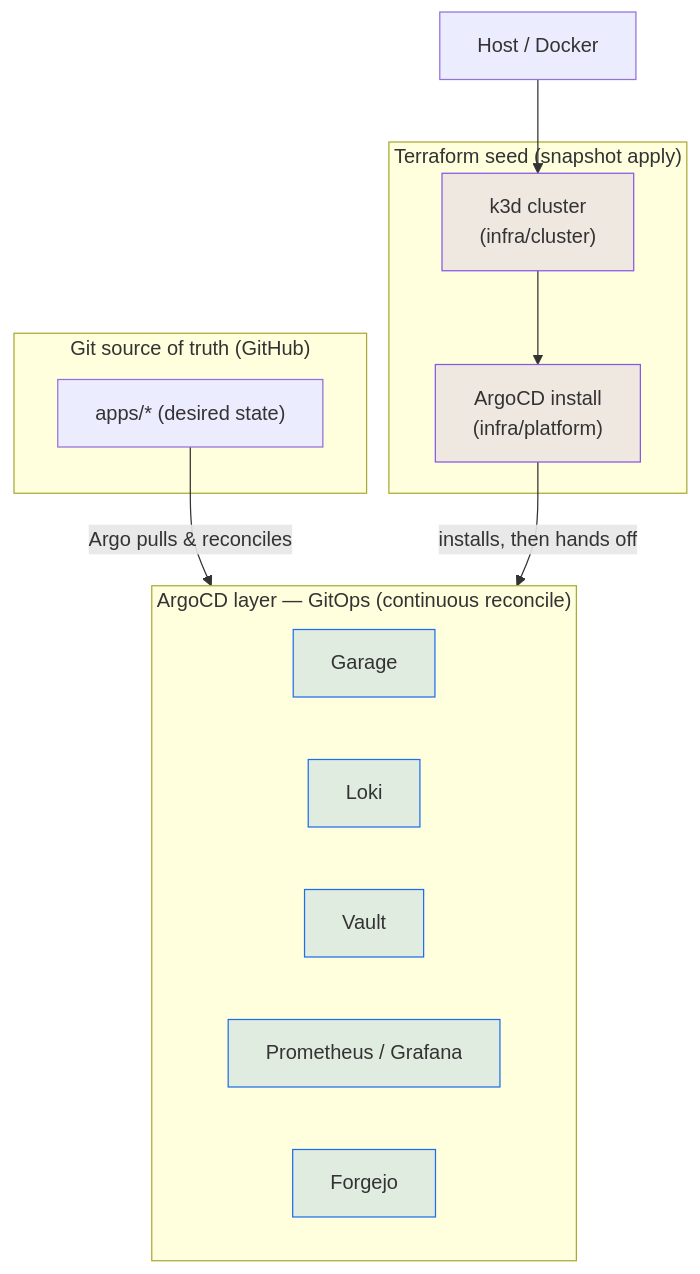
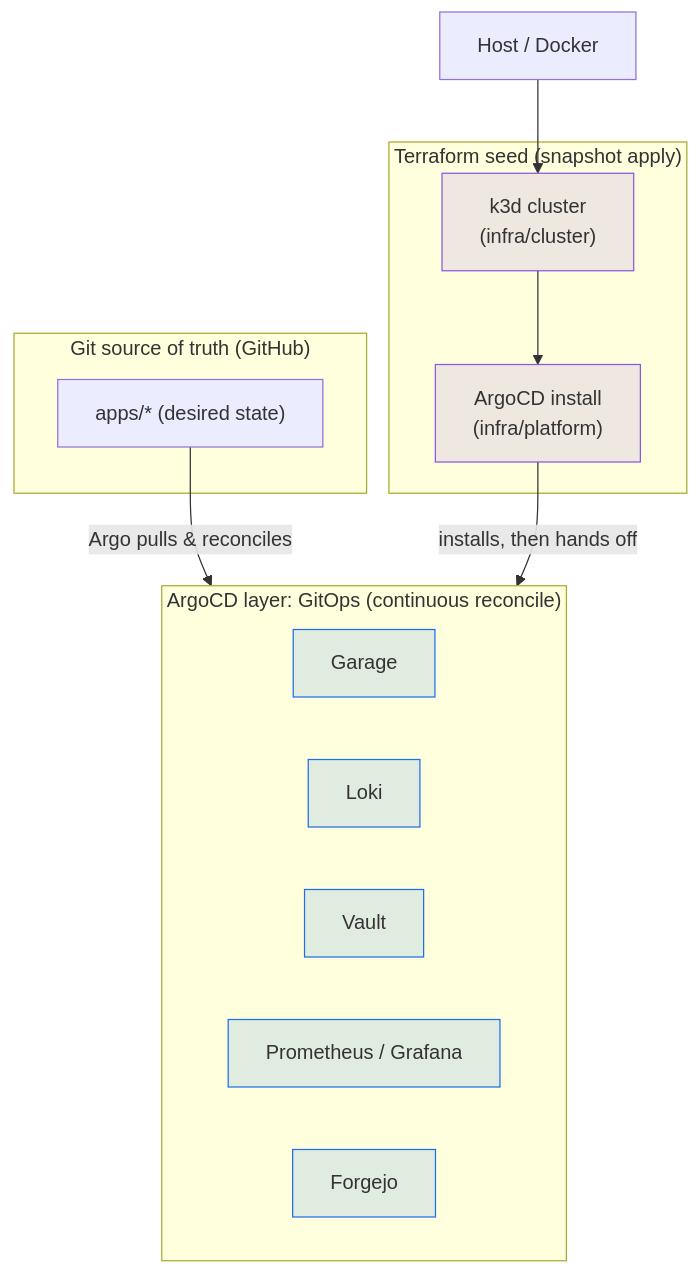
Before and after one commit to melvillewong/k8s-gitops-platform: the diagram in docs/adr/0003-tf-argocd-delivery-boundary.md, drawn with Mermaid. The commit also changed other lines of this file and 7 other files, not shown here.

````diff
--- a/docs/adr/0003-tf-argocd-delivery-boundary.md
+++ b/docs/adr/0003-tf-argocd-delivery-boundary.md
@@ -44,25 +29,25 @@
 ```mermaid
 flowchart TB
   subgraph GIT["Git source of truth (GitHub)"]
     APPS["apps/*  (desired state)"]
   end
-  subgraph ARGO["ArgoCD layer — GitOps (continuous reconcile)"]
+  subgraph ARGO["ArgoCD layer: GitOps (continuous reconcile)"]
     G["Garage"]:::app
     L["Loki"]:::app
     V["Vault"]:::app
     O["Prometheus / Grafana"]:::app
     F["Forgejo"]:::app
   end
   subgraph TF["Terraform seed (snapshot apply)"]
     ARGOCD["ArgoCD install\n(infra/platform)"]:::seed
     CLUSTER["k3d cluster\n(infra/cluster)"]:::seed
   end
   HOST["Host / Docker"]
 
   APPS -->|Argo pulls & reconciles| ARGO
   ARGOCD -->|installs, then hands off| ARGO
   CLUSTER --> ARGOCD
   HOST --> CLUSTER
   classDef app fill:#1f6feb22,stroke:#1f6feb;
   classDef seed fill:#8957e522,stroke:#8957e5;
 ```
````
